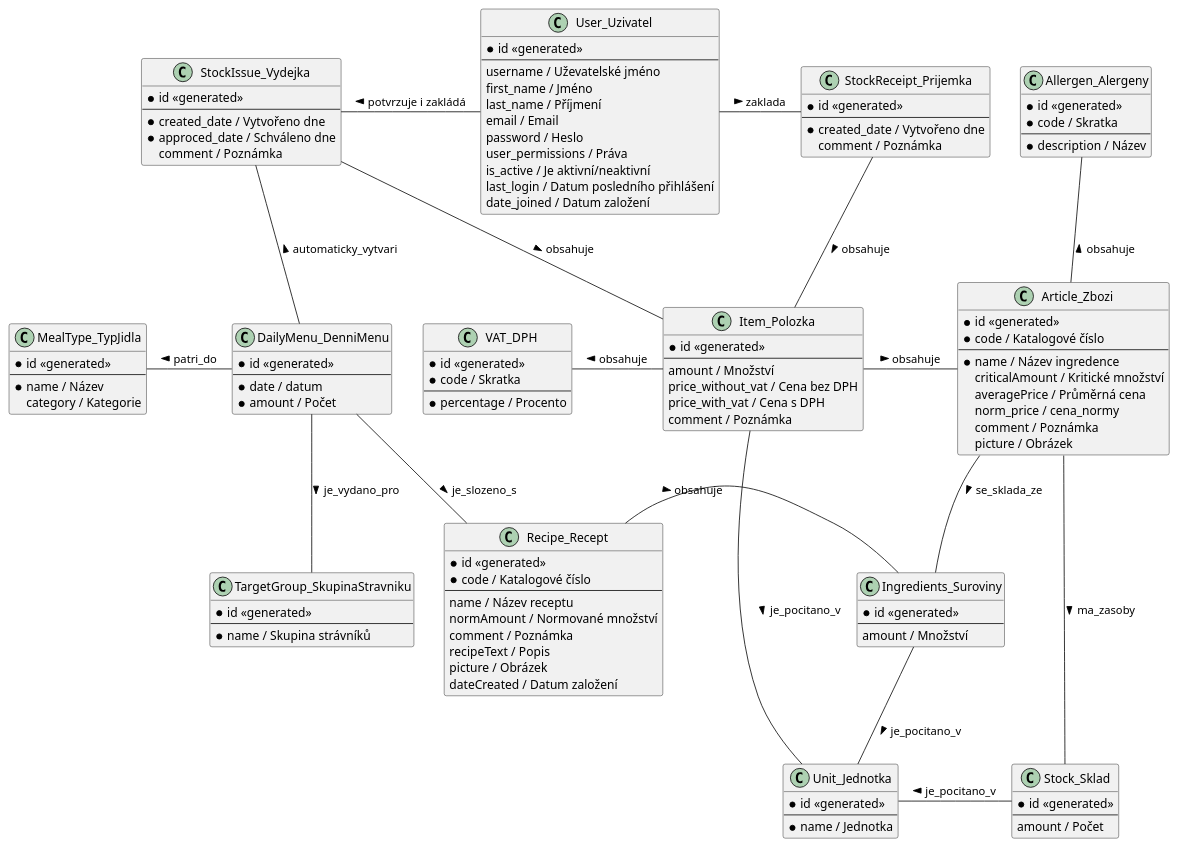
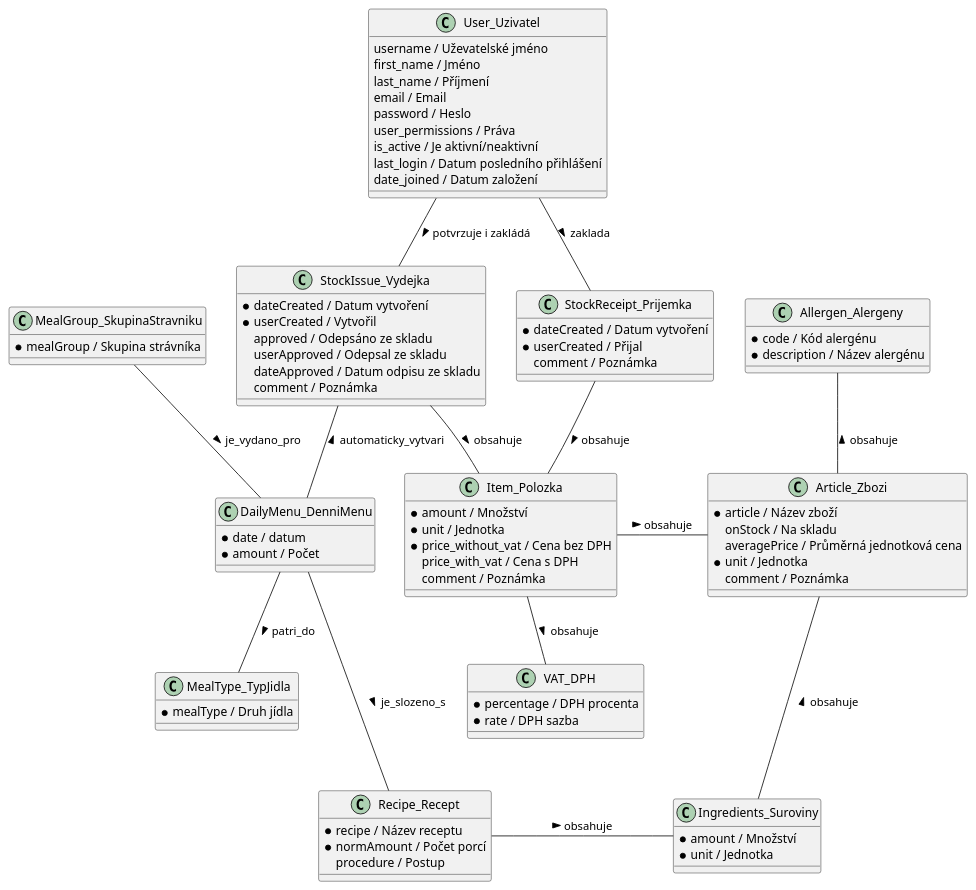
The diagram in docs/erd.plantuml (valasek/kicoma), drawn with PlantUML before and after one commit. The commit also changed 25 other files, not shown here.

Commit message:
Manage daily menu, UI cleanup, data mode cleanup

```diff
--- a/docs/erd.plantuml
+++ b/docs/erd.plantuml
@@ -1,143 +1,101 @@
 @startuml "KiCoMa"
 
-DailyMenu_DenniMenu -- Recipe_Recept : > je_slozeno_s
+DailyMenu_DenniMenu --- Recipe_Recept : > je_slozeno_s
 
-DailyMenu_DenniMenu -- TargetGroup_SkupinaStravniku : je_vydano_pro >
-MealType_TypJidla - DailyMenu_DenniMenu : < patri_do
-TargetGroup_SkupinaStravniku -[hidden] Recipe_Recept
+MealGroup_SkupinaStravniku -- DailyMenu_DenniMenu : je_vydano_pro >
+DailyMenu_DenniMenu -[hidden] Item_Polozka
+DailyMenu_DenniMenu -- MealType_TypJidla: patri_do >
 
 Recipe_Recept - Ingredients_Suroviny : obsahuje >
-Article_Zbozi -- Ingredients_Suroviny : > se_sklada_ze
-Ingredients_Suroviny -- Unit_Jednotka : je_pocitano_v >
+Article_Zbozi --- Ingredients_Suroviny : obsahuje <
 
 Allergen_Alergeny -- Article_Zbozi : obsahuje <
-Unit_Jednotka - Stock_Sklad : je_pocitano_v <
-
-Article_Zbozi -- Stock_Sklad : ma_zasoby >
 
 StockReceipt_Prijemka -- Item_Polozka : obsahuje >
 Item_Polozka - Article_Zbozi : obsahuje >
-Item_Polozka -- Unit_Jednotka : je_pocitano_v >
-VAT_DPH - Item_Polozka : obsahuje <
+Item_Polozka -- VAT_DPH : obsahuje >
 
 StockIssue_Vydejka - Item_Polozka : obsahuje >
 StockIssue_Vydejka -- DailyMenu_DenniMenu : automaticky_vytvari <
 
-User_Uzivatel - StockReceipt_Prijemka : zaklada >
-StockIssue_Vydejka - User_Uzivatel : potvrzuje i zakládá <
+User_Uzivatel -- StockReceipt_Prijemka : zaklada >
+User_Uzivatel -- StockIssue_Vydejka : potvrzuje i zakládá >
 
 class VAT_DPH {
-    *id <<generated>>
-    *code / Skratka
-    --
-    * percentage / Procento
+    * percentage / DPH procenta
+    * rate / DPH sazba
 }
 
 class Allergen_Alergeny {
-    *id <<generated>>
-    *code / Skratka
-    --
-    *description / Název
+    *code / Kód alergénu
+    *description / Název alergénu
 }
 
-class Unit_Jednotka {
-    *id <<generated>>
-    --
-    *name / Jednotka
-}
-
-class TargetGroup_SkupinaStravniku {
-    *id <<generated>>
-    --
-    *name / Skupina strávníků
+class MealGroup_SkupinaStravniku {
+    *mealGroup / Skupina strávníka
 }
 
 class MealType_TypJidla {
-    *id <<generated>>
-    --
-    *name / Název
-    category / Kategorie
+    *mealType / Druh jídla
 }
 
 class DailyMenu_DenniMenu {
-    *id <<generated>>
-    --
     *date / datum
     *amount / Počet
 }
 
 class Recipe_Recept {
-    *id <<generated>>
-    *code / Katalogové číslo
-    --
-    name / Název receptu
-    normAmount / Normované množství
-    comment / Poznámka
-    recipeText / Popis
-    picture / Obrázek
-    dateCreated / Datum založení
+    *recipe / Název receptu
+    *normAmount / Počet porcí
+    procedure / Postup
 }
 
 class Ingredients_Suroviny {
-    *id <<generated>>
-    --
-    amount / Množství
+    *amount / Množství
+    *unit / Jednotka
 }
 
 class Article_Zbozi {
-    *id <<generated>>
-    *code / Katalogové číslo
-    --
-    *name / Název ingredence
-    criticalAmount / Kritické množství
-    averagePrice / Průměrná cena
-    norm_price / cena_normy
+    *article / Název zboží
+    onStock / Na skladu
+    averagePrice / Průměrná jednotková cena
+    *unit / Jednotka
     comment / Poznámka
-    picture / Obrázek
 }
 
 class Item_Polozka {
-    *id <<generated>>
-    --
-    amount / Množství
-    price_without_vat / Cena bez DPH
+    *amount / Množství
+    *unit / Jednotka
+    *price_without_vat / Cena bez DPH
     price_with_vat / Cena s DPH
     comment / Poznámka
 }
 
 class StockReceipt_Prijemka {
-    *id <<generated>>
-    --
-    * created_date / Vytvořeno dne
+    * dateCreated / Datum vytvoření
+    * userCreated / Přijal
     comment / Poznámka
 }
 
 class StockIssue_Vydejka {
-    *id <<generated>>
-    --
-    * created_date / Vytvořeno dne
-    * approced_date / Schváleno dne
+    * dateCreated / Datum vytvoření
+    * userCreated / Vytvořil
+    approved / Odepsáno ze skladu
+    userApproved / Odepsal ze skladu
+    dateApproved / Datum odpisu ze skladu
     comment / Poznámka
 }
 
-class Stock_Sklad {
-    *id <<generated>>
-    --
-    amount / Počet
-}
-
 class User_Uzivatel {
-    *id <<generated>>
-    --
     username / Uževatelské jméno
     first_name / Jméno
     last_name / Příjmení
     email / Email
     password / Heslo
     user_permissions / Práva
     is_active / Je aktivní/neaktivní
     last_login / Datum posledního přihlášení
     date_joined / Datum založení
 }
 
 @enduml
```
